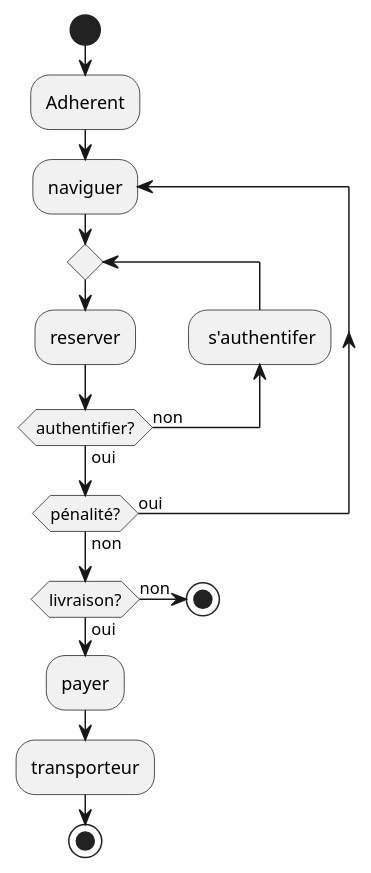
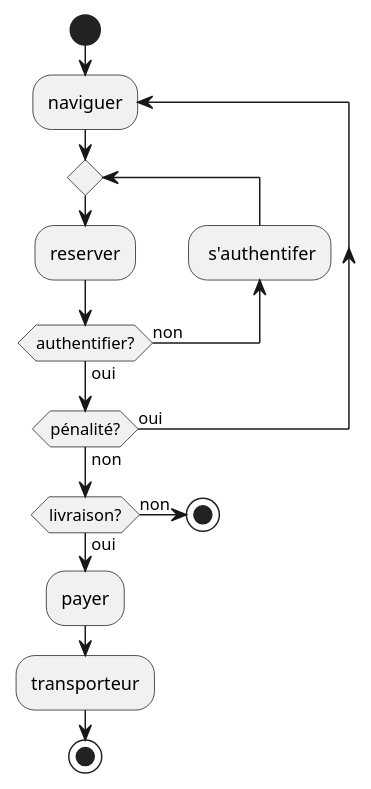
The diagram in docs/activity-diagram.iuml (chris91300/OmniLib), drawn with PlantUML before and after one commit.

Commit message:
fix: remove Adherent in activity diagram

```diff
--- a/docs/activity-diagram.iuml
+++ b/docs/activity-diagram.iuml
@@ -1,21 +1,20 @@
 @startuml
 start
 
-:Adherent;
 
 repeat :naviguer;
 repeat
 	:reserver;
 backward : s'authentifer;
 repeat while(authentifier?) is (non) not (oui)
 repeat while(pénalité?) is (oui) not (non)
 
 if(livraison?) then (non)
 stop
 else (oui)
 :payer;
 :transporteur;
 endif
 
 stop
 @enduml
```
